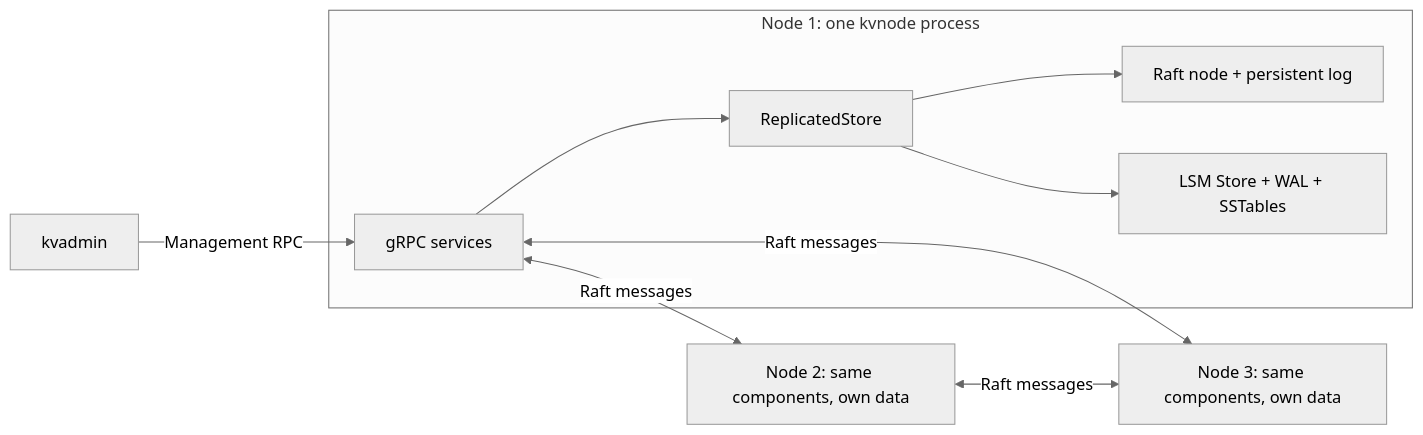
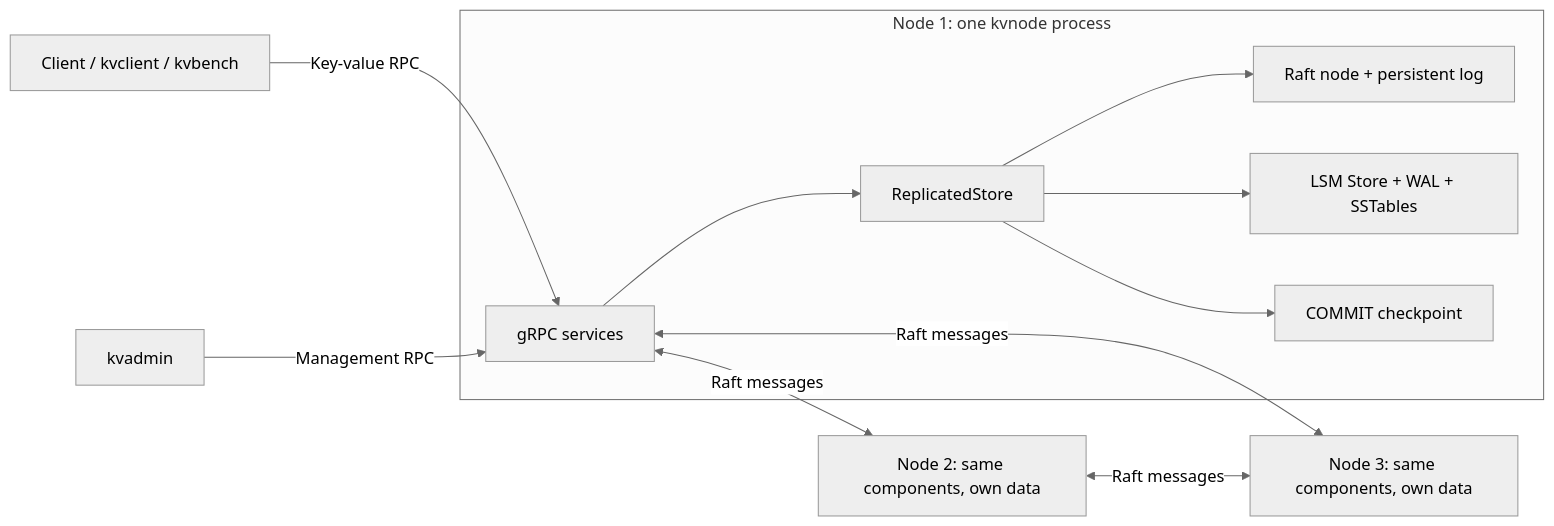
One commit to Capital-Hu/KV-Store changed the diagram in README.md. Above: the diagram before and after it, drawn with Mermaid (neutral theme). The commit also changed other lines of this file and 6 other files, not shown here.

First line of the commit message:
Refactor project documentation and finalize architecture review

````diff
--- a/README.md
+++ b/README.md
@@ -27,12 +29,14 @@
 ```mermaid
 flowchart LR
+    Client["Client / kvclient / kvbench"] -->|Key-value RPC| RPC1
     Admin["kvadmin"] -->|Management RPC| RPC1
     subgraph Node1["Node 1: one kvnode process"]
         RPC1["gRPC services"] --> Replica["ReplicatedStore"]
         Replica --> Raft["Raft node + persistent log"]
         Replica --> Store["LSM Store + WAL + SSTables"]
+        Replica --> Commit["COMMIT checkpoint"]
     end
     RPC1 <-->|Raft messages| Node2["Node 2: same components, own data"]
     RPC1 <-->|Raft messages| Node3["Node 3: same components, own data"]
     Node2 <-->|Raft messages| Node3
 ```
````
